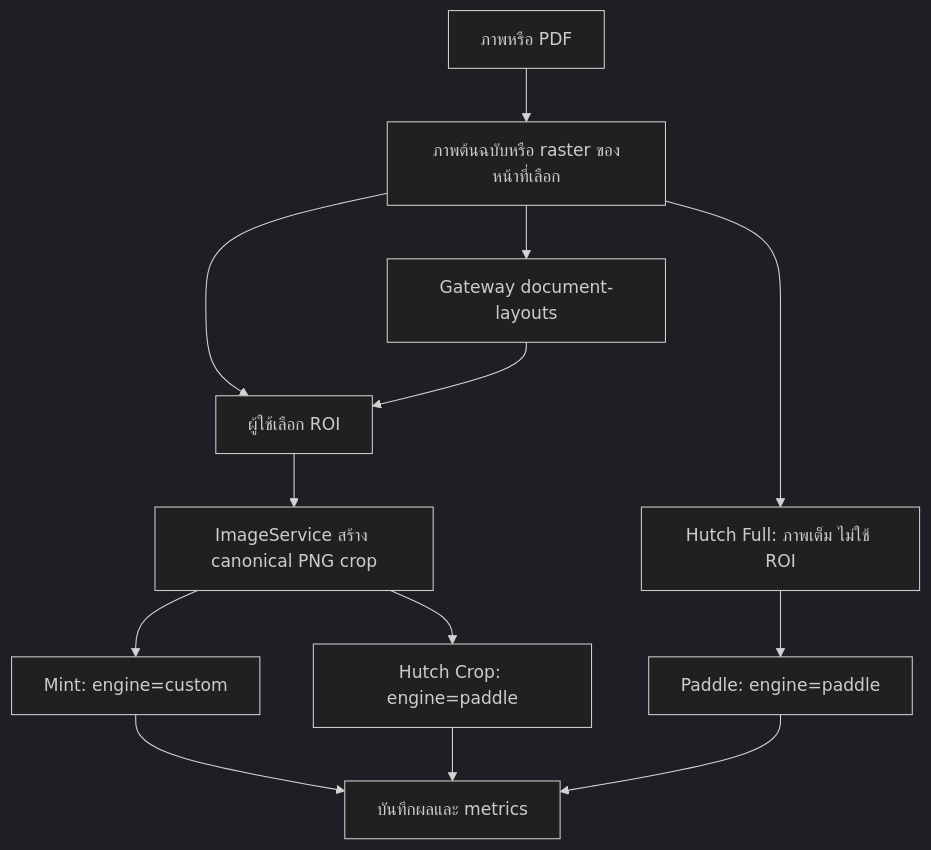
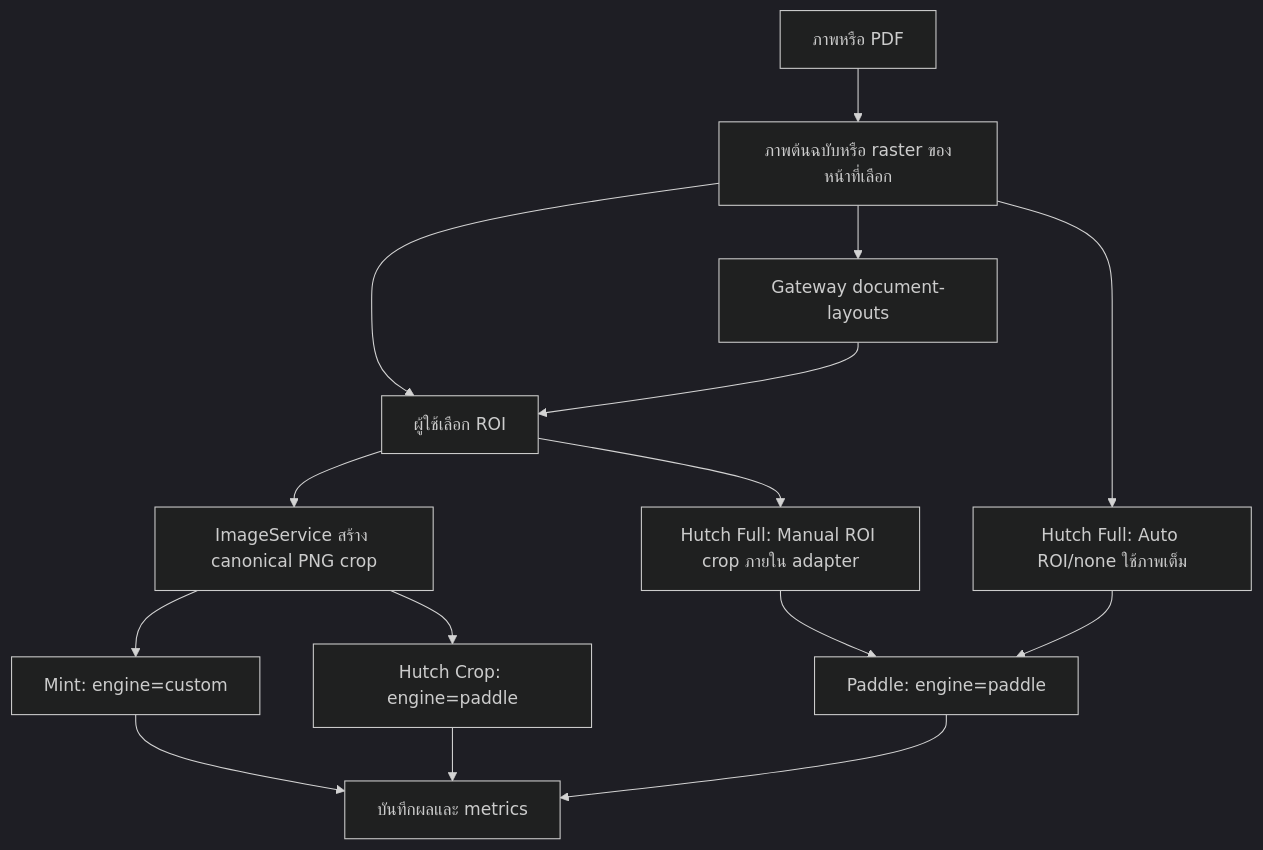
The diagram in docs/flow.md (jackchayapon/ocrtest), drawn with Mermaid (dark theme) before and after one commit. The commit also changed other lines of this file and 37 other files, not shown here.

````diff
--- a/docs/flow.md
+++ b/docs/flow.md
@@ -10,15 +10,17 @@
 ```mermaid
 flowchart TD
   Upload[ภาพหรือ PDF] --> Page[ภาพต้นฉบับหรือ raster ของหน้าที่เลือก]
   Page --> Select[ผู้ใช้เลือก ROI]
   Page --> Auto[Gateway document-layouts]
   Auto --> Select
   Select --> Crop[ImageService สร้าง canonical PNG crop]
   Crop --> Mint[Mint: engine=custom]
   Crop --> Hutch[Hutch Crop: engine=paddle]
-  Page --> Full[Hutch Full: ภาพเต็ม ไม่ใช้ ROI]
+  Page --> Full[Hutch Full: Auto ROI/none ใช้ภาพเต็ม]
+  Select --> Manual[Hutch Full: Manual ROI crop ภายใน adapter]
+  Manual --> Paddle
   Full --> Paddle[Paddle: engine=paddle]
   Mint --> Save[บันทึกผลและ metrics]
   Hutch --> Save
   Paddle --> Save
 ```
````
